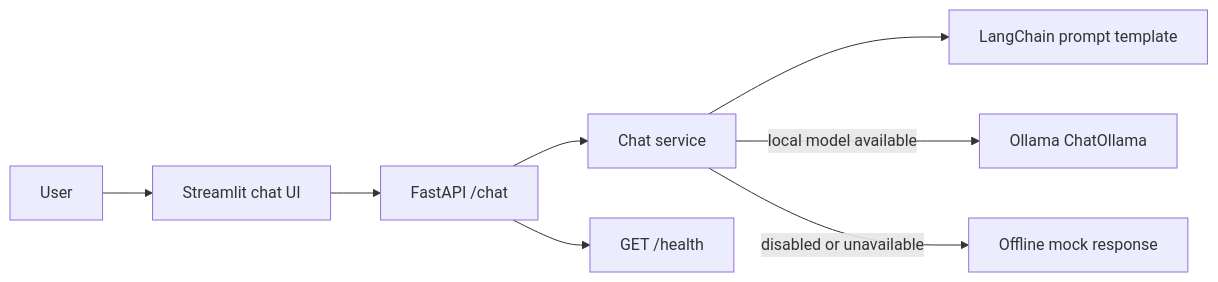
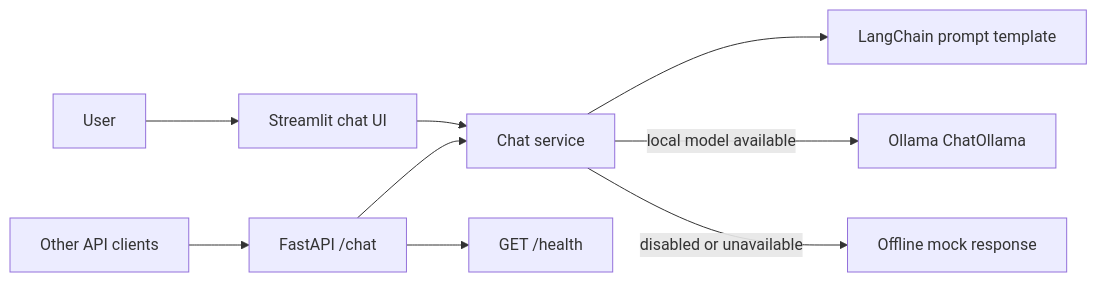
One commit to kalidassudt/GenAI-Portfolio changed the diagram in genai-assistant/README.md. Above: the diagram before and after it, drawn with Mermaid. The commit also changed other lines of this file and 6 other files, not shown here.

````diff
--- a/genai-assistant/README.md
+++ b/genai-assistant/README.md
@@ -7,10 +7,11 @@
 ```mermaid
 flowchart LR
     User[User] --> UI[Streamlit chat UI]
-    UI --> API[FastAPI /chat]
+    UI --> Service[Chat service]
+    Client[Other API clients] --> API[FastAPI /chat]
     API --> Service[Chat service]
     Service --> Prompt[LangChain prompt template]
     Service -->|local model available| Ollama[Ollama ChatOllama]
     Service -->|disabled or unavailable| Mock[Offline mock response]
     API --> Health[GET /health]
 ```
````
